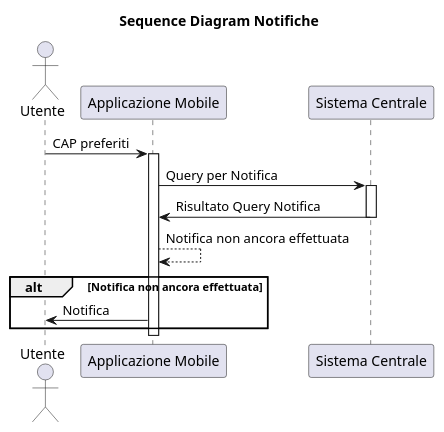
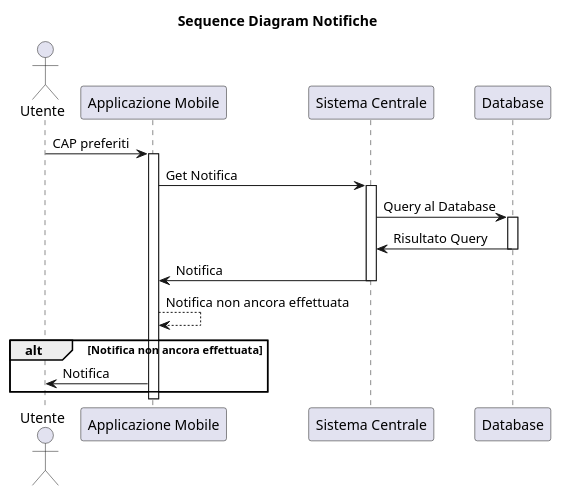
One commit to xFA25E/sweng_14_2019 changed the diagram in docs/diagrams/sequence/notifiche.puml. Above: the diagram before and after it, drawn with PlantUML.

```diff
--- a/docs/diagrams/sequence/notifiche.puml
+++ b/docs/diagrams/sequence/notifiche.puml
@@ -1,20 +1,26 @@
 @startuml
 title Sequence Diagram Notifiche
 actor Utente
 
 Utente -> "Applicazione Mobile": CAP preferiti
 activate "Applicazione Mobile"
 
-"Applicazione Mobile" -> "Sistema Centrale": Query per Notifica
+"Applicazione Mobile" -> "Sistema Centrale": Get Notifica
 activate "Sistema Centrale"
 
-"Sistema Centrale" -> "Applicazione Mobile": Risultato Query Notifica
+"Sistema Centrale" -> "Database": Query al Database
+activate "Database"
+
+"Database" -> "Sistema Centrale": Risultato Query
+deactivate "Database"
+
+"Sistema Centrale" -> "Applicazione Mobile": Notifica
 deactivate "Sistema Centrale"
 
 "Applicazione Mobile" --> "Applicazione Mobile": Notifica non ancora effettuata
 
 alt Notifica non ancora effettuata
-    "Applicazione Mobile" -> Utente: Notifica
+	"Applicazione Mobile" -> Utente: Notifica
 end
 deactivate "Applicazione Mobile"
 @enduml
```
